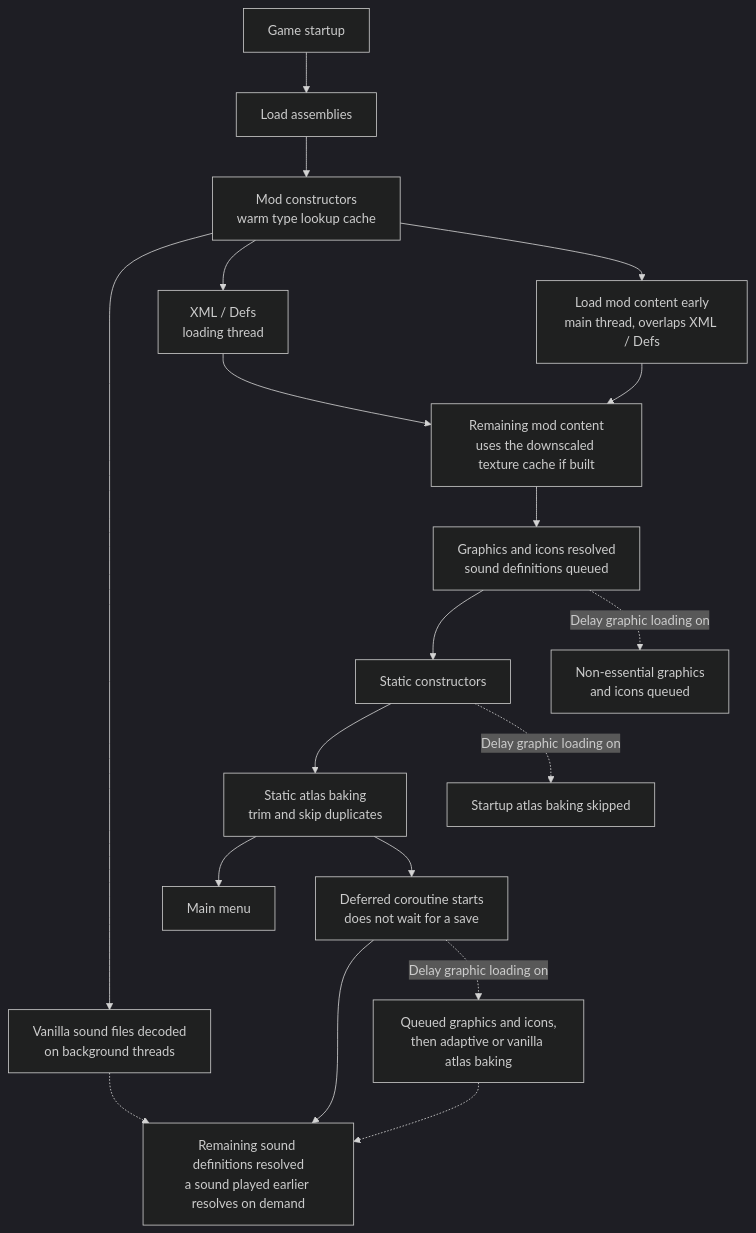
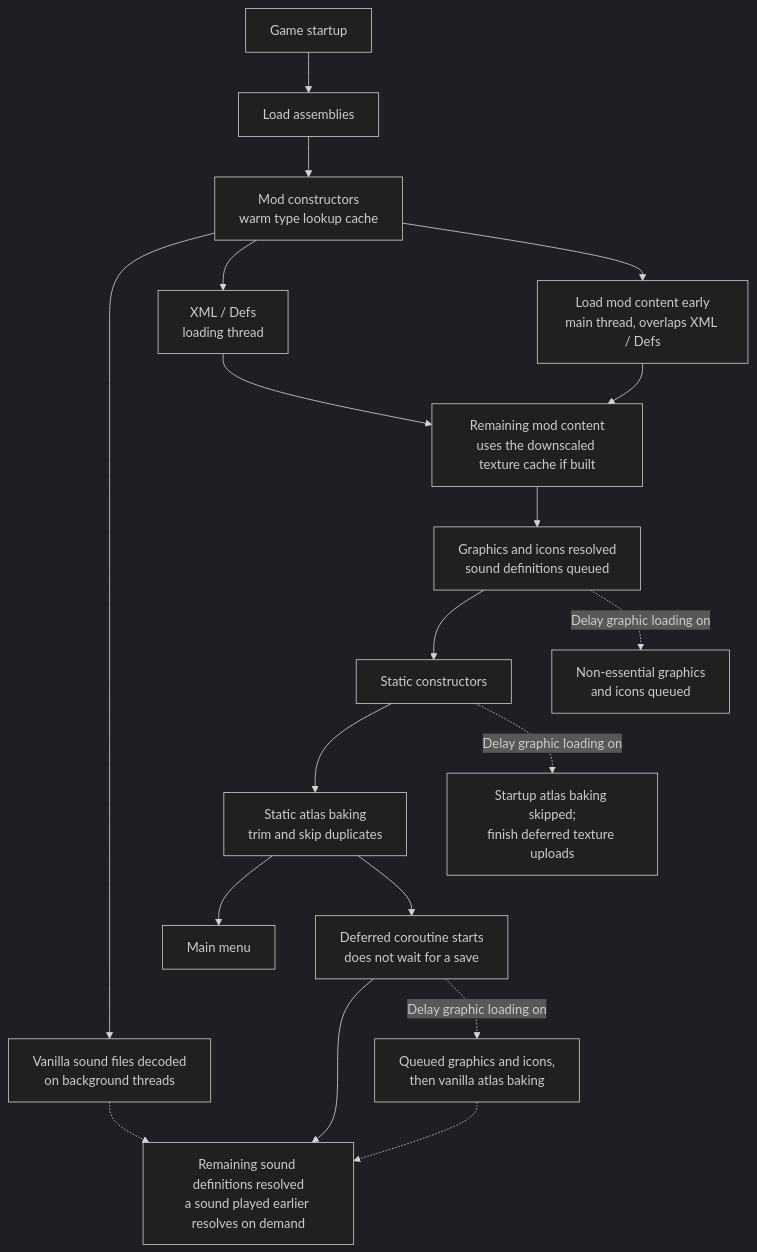
The diagram in 1.7/README.md (GUOSHENGZHONG/FasterGameLoading---Continued), drawn with Mermaid (dark theme) before and after one commit. The commit also changed other lines of this file and 31 other files, not shown here.

First line of the commit message:
fix: 修正 1.7 圖集載入與發布建置並完成效能驗證

````diff
--- a/1.7/README.md
+++ b/1.7/README.md
@@ -19,21 +20,21 @@
 ```mermaid
 graph TD
     A[Game startup] --> B[Load assemblies]
     B --> C[Mod constructors<br/>warm type lookup cache]
     C --> S[Vanilla sound files decoded<br/>on background threads]
     C --> D[XML / Defs<br/>loading thread]
     C --> E[Load mod content early<br/>main thread, overlaps XML / Defs]
     D --> F[Remaining mod content<br/>uses the downscaled texture cache if built]
     E --> F
     F --> G[Graphics and icons resolved<br/>sound definitions queued]
     G --> H[Static constructors]
     H --> I[Static atlas baking<br/>trim and skip duplicates]
     I --> J[Main menu]
     I --> K[Deferred coroutine starts<br/>does not wait for a save]
     K --> L[Remaining sound definitions resolved<br/>a sound played earlier resolves on demand]
     S -.-> L
     G -. Delay graphic loading on .-> M[Non-essential graphics<br/>and icons queued]
-    H -. Delay graphic loading on .-> N[Startup atlas baking skipped]
-    K -. Delay graphic loading on .-> O[Queued graphics and icons,<br/>then adaptive or vanilla atlas baking]
+    H -. Delay graphic loading on .-> N[Startup atlas baking skipped;<br/>finish deferred texture uploads]
+    K -. Delay graphic loading on .-> O[Queued graphics and icons,<br/>then vanilla atlas baking]
     O -.-> L
 ```
````
